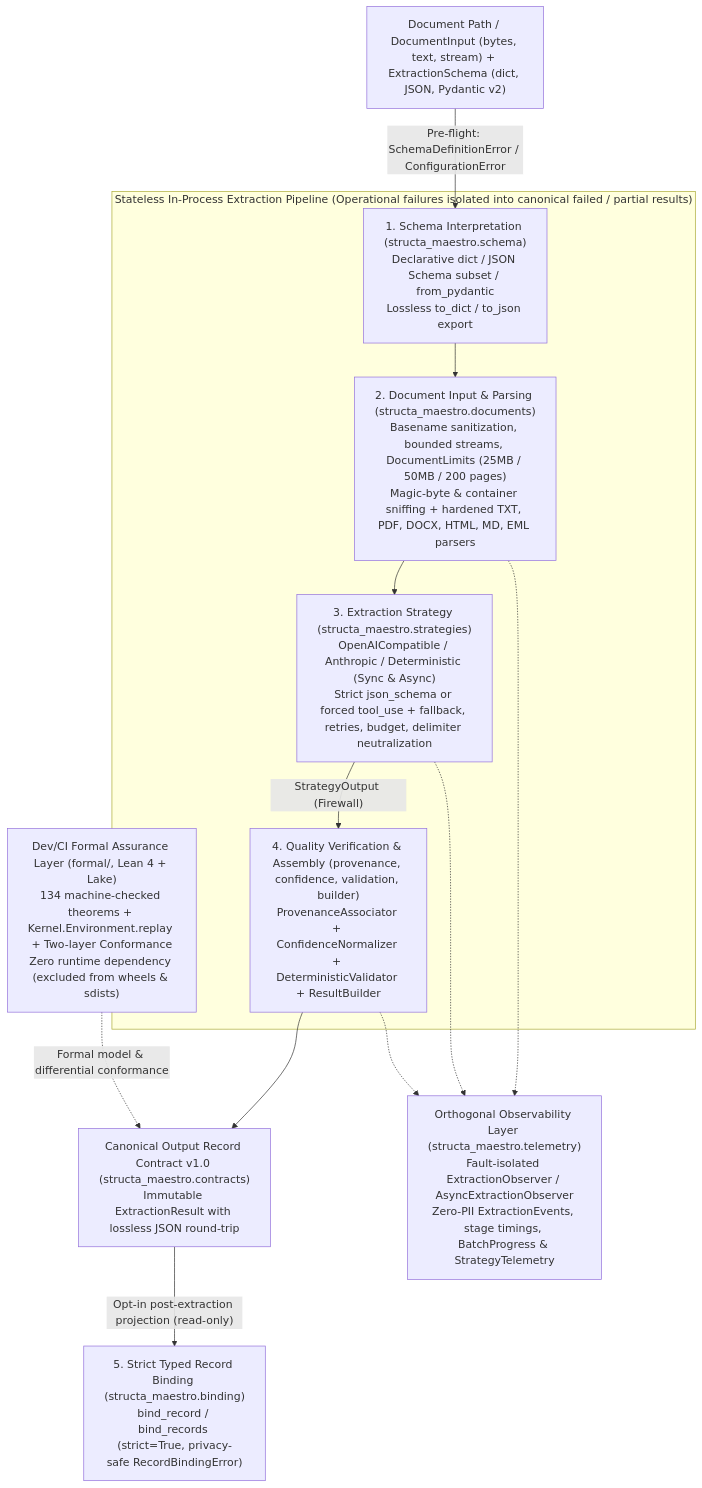
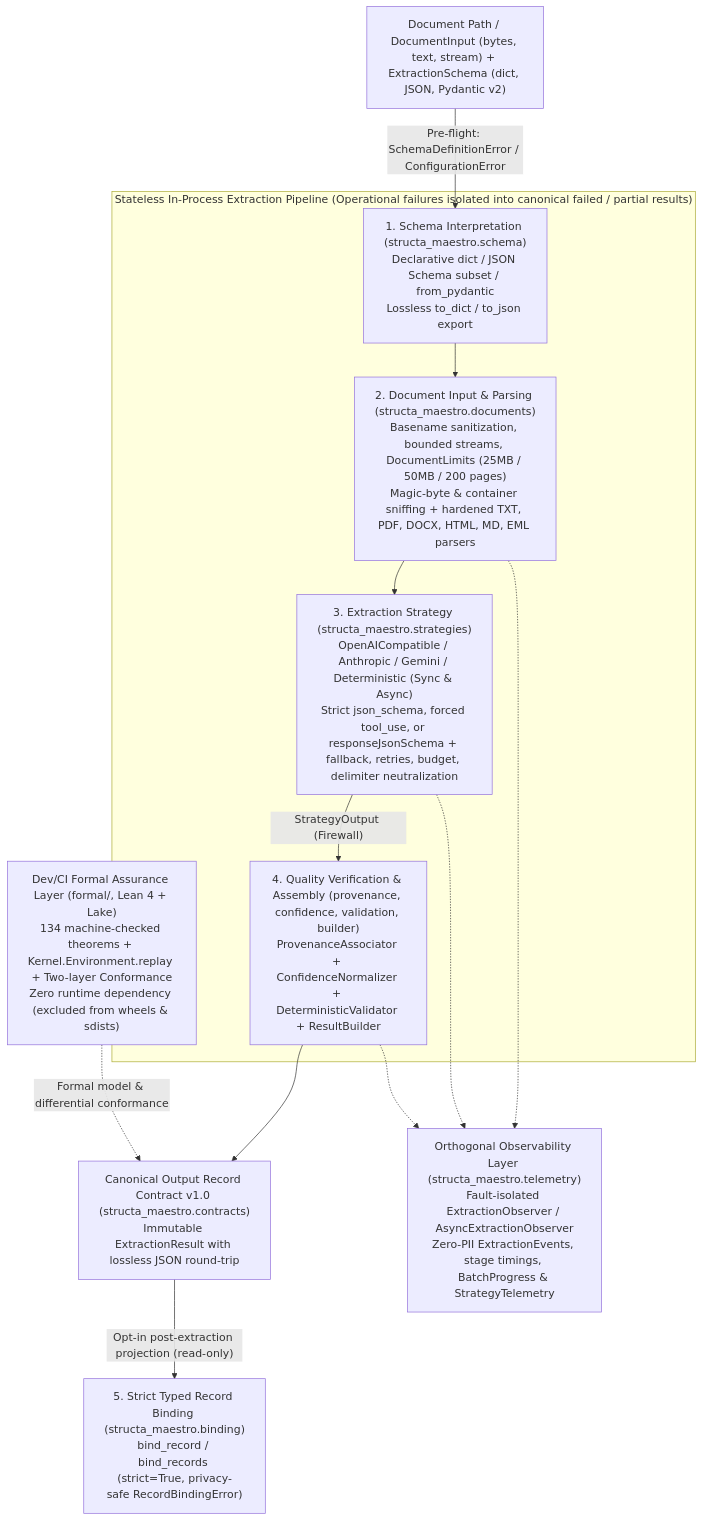
Before and after one commit to ivnmoreno/structa-maestro: the diagram in docs/architecture.md, drawn with Mermaid. The commit also changed other lines of this file and 16 other files, not shown here.

First line of the commit message:
feat(gemini-llm-strategy): add native Google Gemini sync & async strategies

````diff
--- a/docs/architecture.md
+++ b/docs/architecture.md
@@ -7,24 +7,24 @@
 ```mermaid
 flowchart TD
     Input["Document Path / DocumentInput (bytes, text, stream) + ExtractionSchema (dict, JSON, Pydantic v2)"]
     Input -->|"Pre-flight: SchemaDefinitionError / ConfigurationError"| S1
 
     subgraph Pipeline["Stateless In-Process Extraction Pipeline (Operational failures isolated into canonical failed / partial results)"]
         S1["1. Schema Interpretation (structa_maestro.schema)\nDeclarative dict / JSON Schema subset / from_pydantic\nLossless to_dict / to_json export"]
         S2["2. Document Input & Parsing (structa_maestro.documents)\nBasename sanitization, bounded streams, DocumentLimits (25MB / 50MB / 200 pages)\nMagic-byte & container sniffing + hardened TXT, PDF, DOCX, HTML, MD, EML parsers"]
-        S3["3. Extraction Strategy (structa_maestro.strategies)\nOpenAICompatible / Anthropic / Deterministic (Sync & Async)\nStrict json_schema or forced tool_use + fallback, retries, budget, delimiter neutralization"]
+        S3["3. Extraction Strategy (structa_maestro.strategies)\nOpenAICompatible / Anthropic / Gemini / Deterministic (Sync & Async)\nStrict json_schema, forced tool_use, or responseJsonSchema + fallback, retries, budget, delimiter neutralization"]
         S4["4. Quality Verification & Assembly (provenance, confidence, validation, builder)\nProvenanceAssociator + ConfidenceNormalizer + DeterministicValidator + ResultBuilder"]
         S1 --> S2 --> S3 -->|"StrategyOutput (Firewall)"| S4
     end
 
     S4 --> Contract["Canonical Output Record Contract v1.0 (structa_maestro.contracts)\nImmutable ExtractionResult with lossless JSON round-trip"]
     Contract -->|"Opt-in post-extraction projection (read-only)"| S5["5. Strict Typed Record Binding (structa_maestro.binding)\nbind_record / bind_records (strict=True, privacy-safe RecordBindingError)"]
 
     Telemetry["Orthogonal Observability Layer (structa_maestro.telemetry)\nFault-isolated ExtractionObserver / AsyncExtractionObserver\nZero-PII ExtractionEvents, stage timings, BatchProgress & StrategyTelemetry"]
     S2 -.-> Telemetry
     S3 -.-> Telemetry
     S4 -.-> Telemetry
 
     Formal["Dev/CI Formal Assurance Layer (formal/, Lean 4 + Lake)\n134 machine-checked theorems + Kernel.Environment.replay + Two-layer Conformance\nZero runtime dependency (excluded from wheels & sdists)"]
     Formal -. "Formal model & differential conformance" .-> Contract
 ```
````
